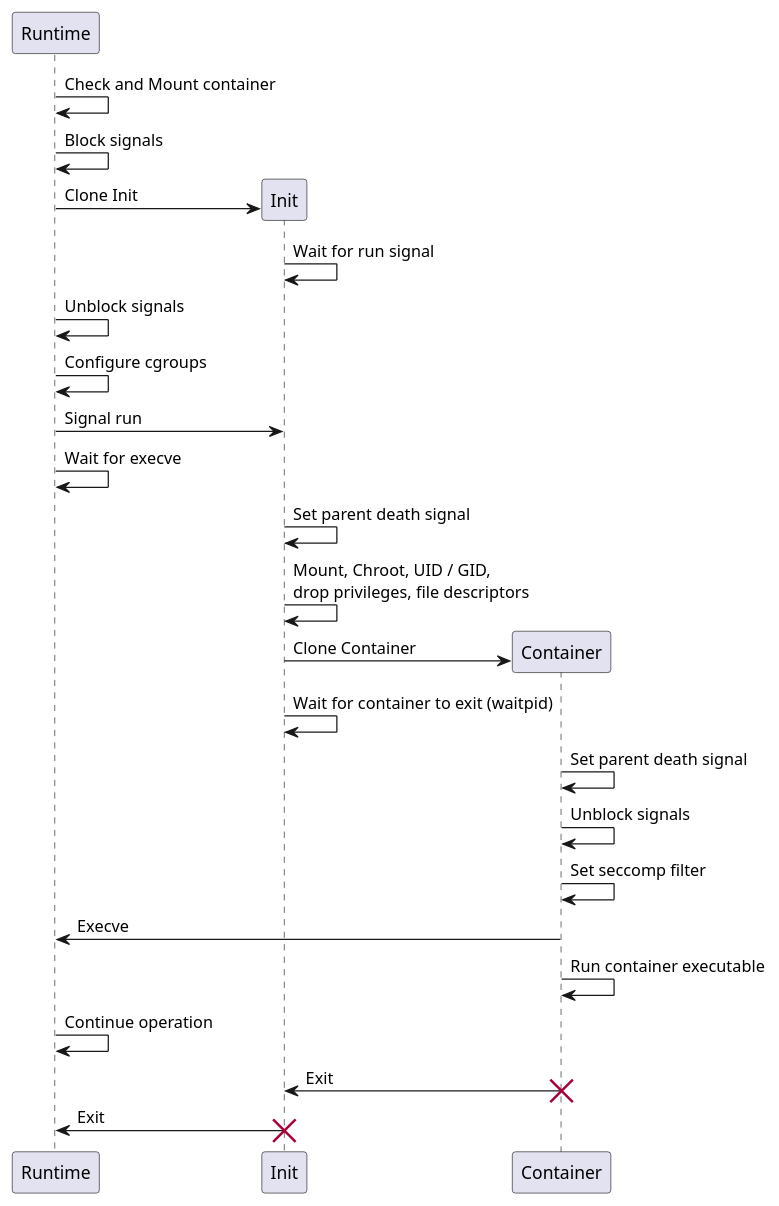
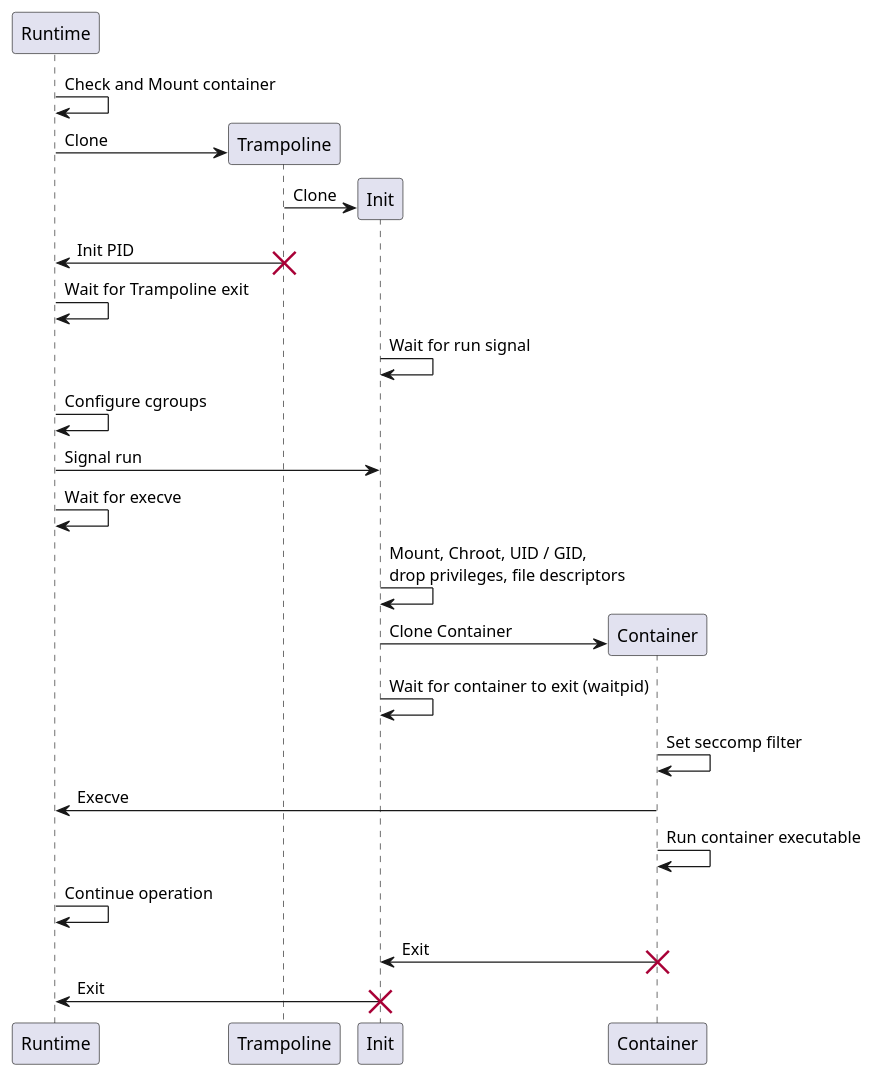
One commit to esrlabs/northstar changed the diagram in doc/diagrams/container_startup.puml. Above: the diagram before and after it, drawn with PlantUML. The commit also changed 8 other files, not shown here.

```diff
--- a/doc/diagrams/container_startup.puml
+++ b/doc/diagrams/container_startup.puml
@@ -1,28 +1,28 @@
 @startuml container_startup
 
 Runtime -> Runtime: Check and Mount container
-Runtime -> Runtime: Block signals
+create Trampoline
+Runtime -> Trampoline: Clone
 create Init
-Runtime -> Init: Clone Init
+Trampoline-> Init: Clone
+Trampoline-> Runtime: Init PID
+destroy Trampoline
+Runtime -> Runtime: Wait for Trampoline exit
 Init -> Init: Wait for run signal
-Runtime -> Runtime: Unblock signals
 Runtime -> Runtime: Configure cgroups
 Runtime -> Init: Signal run
 Runtime -> Runtime: Wait for execve
-Init -> Init: Set parent death signal
 Init -> Init: Mount, Chroot, UID / GID,\ndrop privileges, file descriptors
 create Container
 Init -> Container: Clone Container
 Init -> Init: Wait for container to exit (waitpid)
-Container -> Container: Set parent death signal
-Container -> Container: Unblock signals
 Container -> Container: Set seccomp filter
 Container -> Runtime: Execve 
 Container -> Container: Run container executable
 Runtime -> Runtime: Continue operation
 Container -> Init: Exit
 destroy Container
 Init -> Runtime: Exit
 destroy Init
 
 @enduml
```
